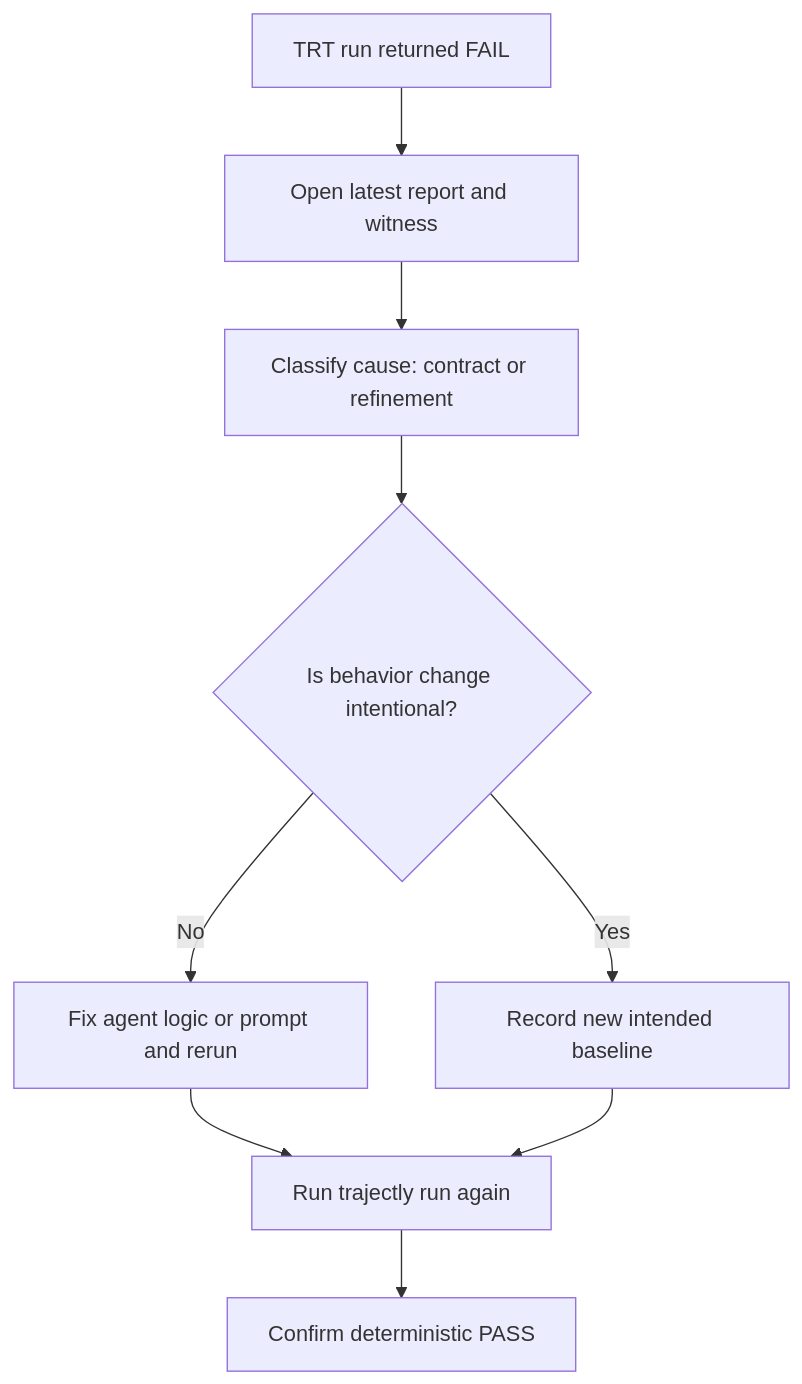
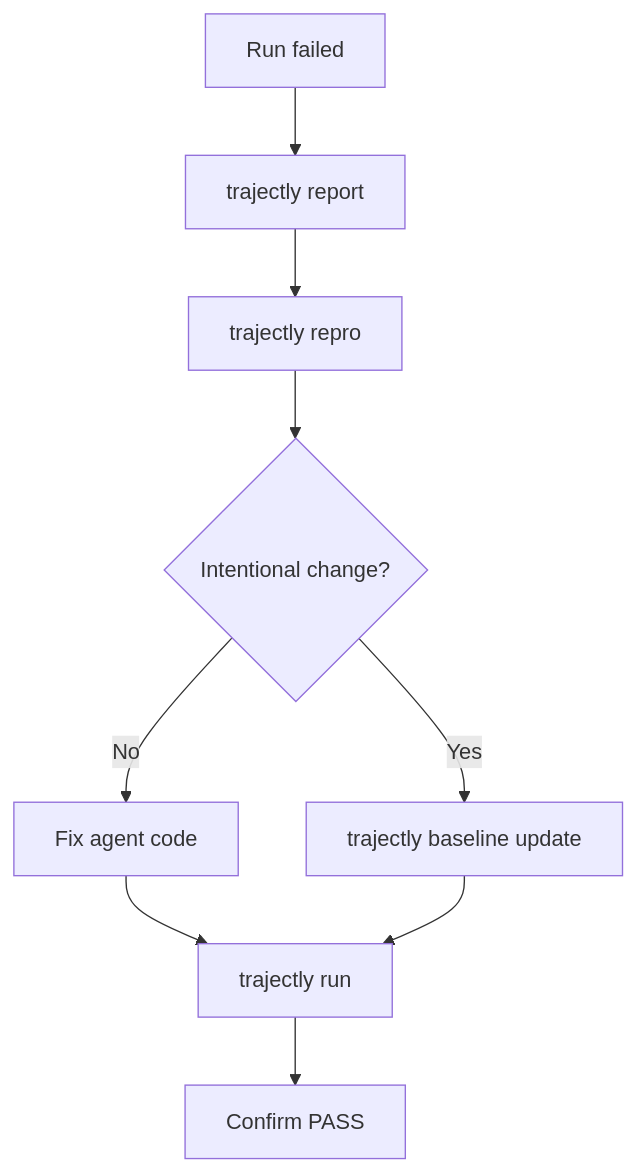
One commit to trajectly/trajectly changed the second of 2 diagrams in docs/trajectly.md. Above: the diagram before and after it, drawn with Mermaid. The commit also changed other lines of this file and 7 other files, not shown here.

````diff
--- a/docs/trajectly.md
+++ b/docs/trajectly.md
@@ -492,11 +252,11 @@
 ```mermaid
 flowchart TD
-    failRun["TRT run returned FAIL"] --> inspectReport["Open latest report and witness"]
-    inspectReport --> classifyCause["Classify cause: contract or refinement"]
-    classifyCause --> decideIntent{"Is behavior change intentional?"}
-    decideIntent -->|No| fixCode["Fix agent logic or prompt and rerun"]
-    decideIntent -->|Yes| updateBaseline["Record new intended baseline"]
-    fixCode --> rerun["Run trajectly run again"]
+    fail["Run failed"] --> report["trajectly report"]
+    report --> repro["trajectly repro"]
+    repro --> decide{"Intentional change?"}
+    decide -->|No| fixCode["Fix agent code"]
+    decide -->|Yes| updateBaseline["trajectly baseline update"]
+    fixCode --> rerun["trajectly run"]
     updateBaseline --> rerun
-    rerun --> verify["Confirm deterministic PASS"]
+    rerun --> pass["Confirm PASS"]
 ```
````
